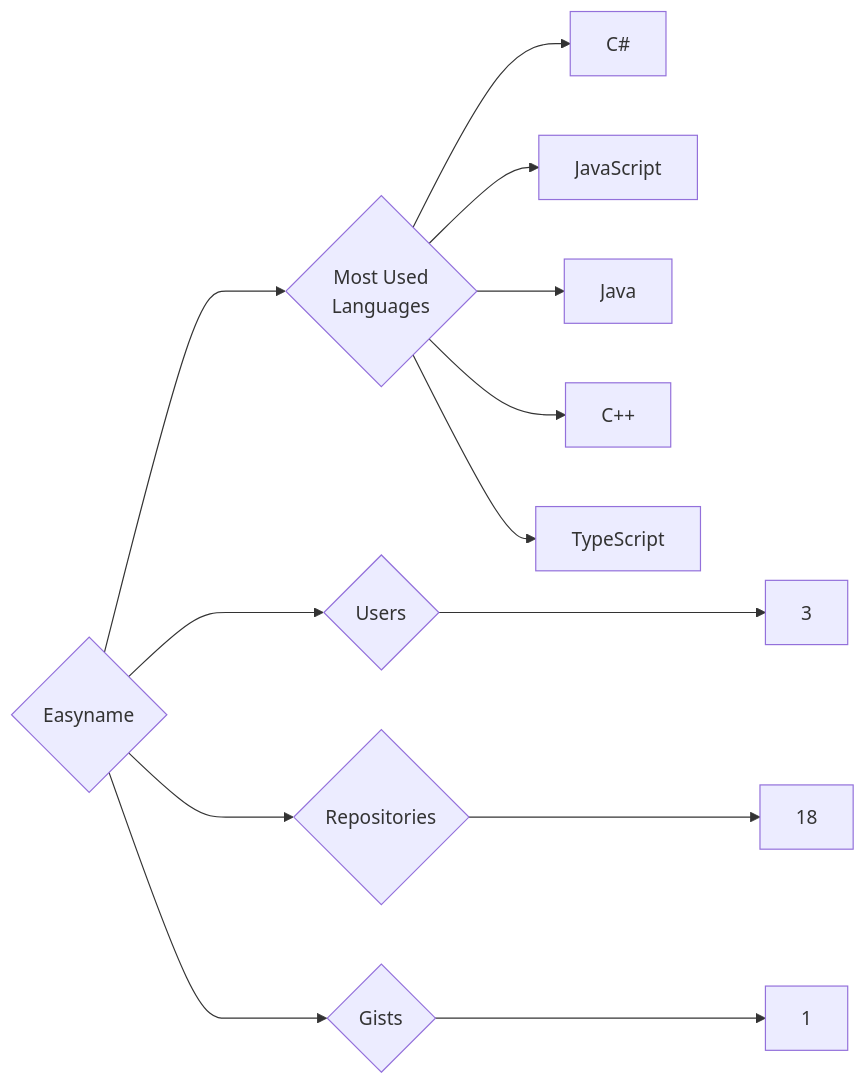
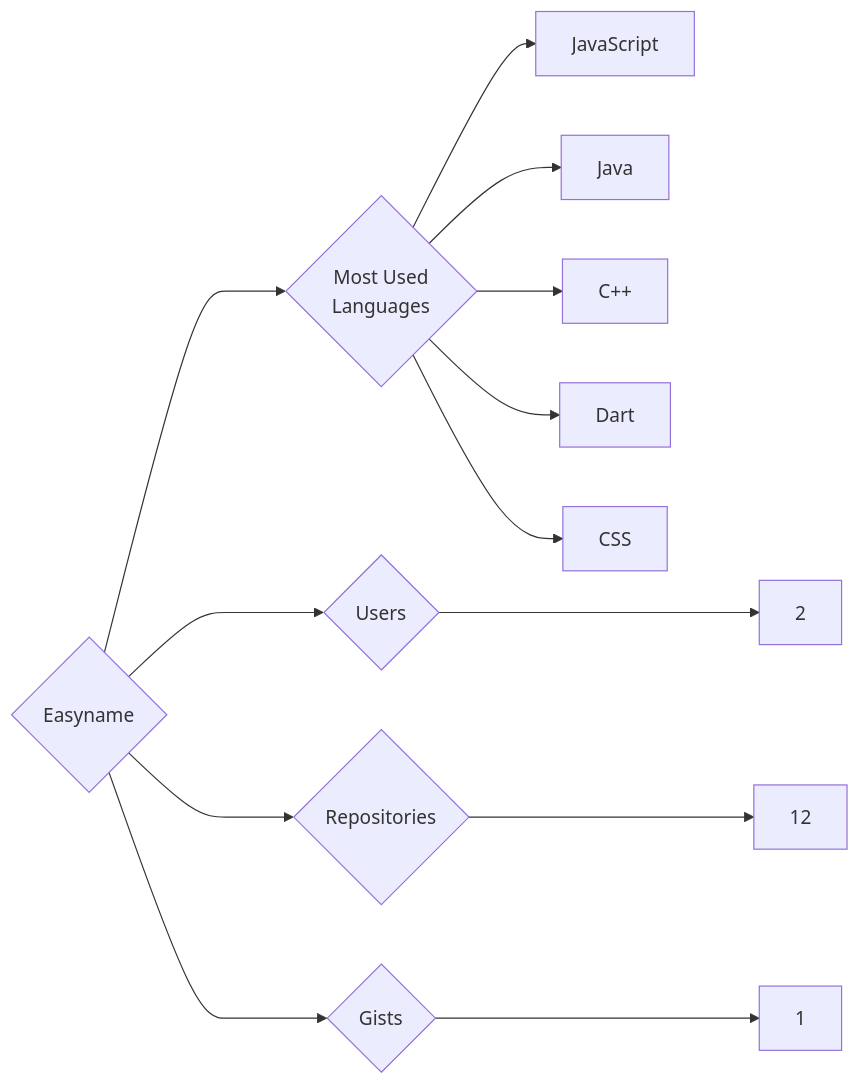
One commit to trickest/insiders changed the diagram in targets/Easyname/README.md. Above: the diagram before and after it, drawn with Mermaid. The commit also changed 880 other files, not shown here.

````diff
--- a/targets/Easyname/README.md
+++ b/targets/Easyname/README.md
@@ -3,13 +3,13 @@
 ```mermaid
 graph LR
 COMPANY_NAME{Easyname}
-COMPANY_NAME ---> U{Users} ---> UN[3]
-COMPANY_NAME ---> R{Repositories} ---> RN[18]
+COMPANY_NAME ---> U{Users} ---> UN[2]
+COMPANY_NAME ---> R{Repositories} ---> RN[12]
 COMPANY_NAME ---> G{Gists} ---> GN[1]
 COMPANY_NAME ---> ML{Most Used<br>Languages}
-ML --> C#[C#]
 ML --> JavaScript[JavaScript]
 ML --> Java[Java]
 ML --> C++[C++]
-ML --> TypeScript[TypeScript]
+ML --> Dart[Dart]
+ML --> CSS[CSS]
 ```
````
